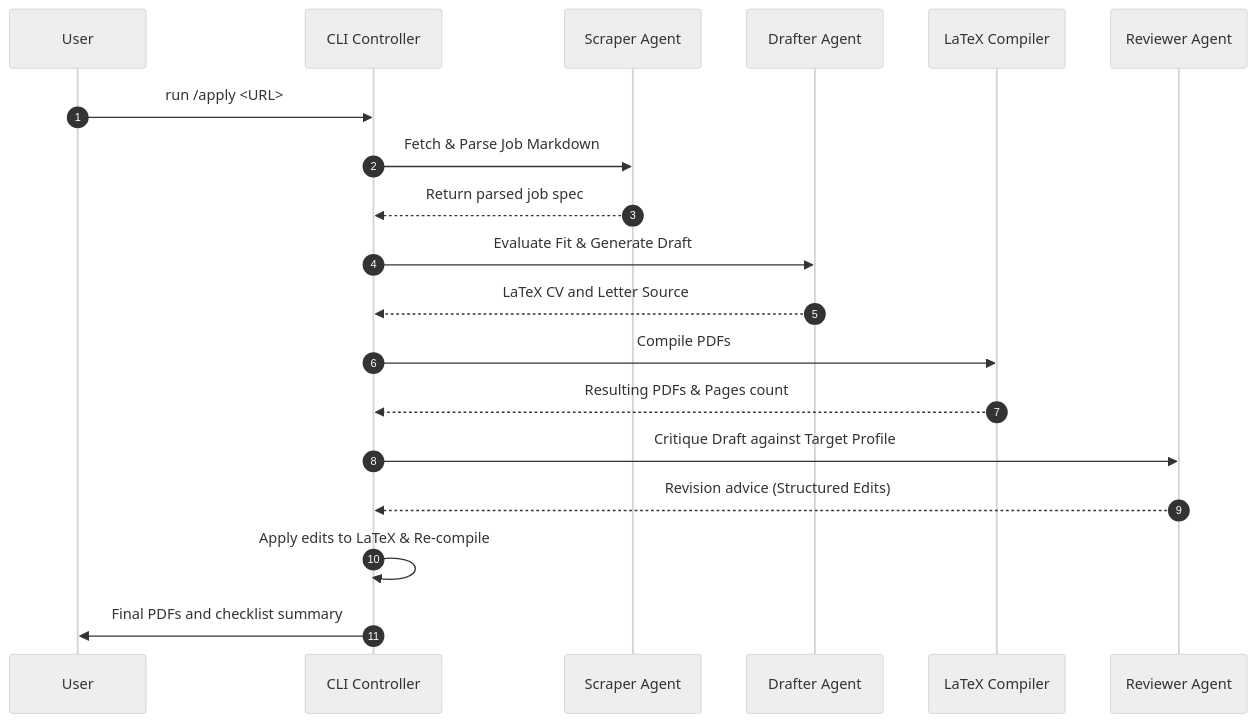
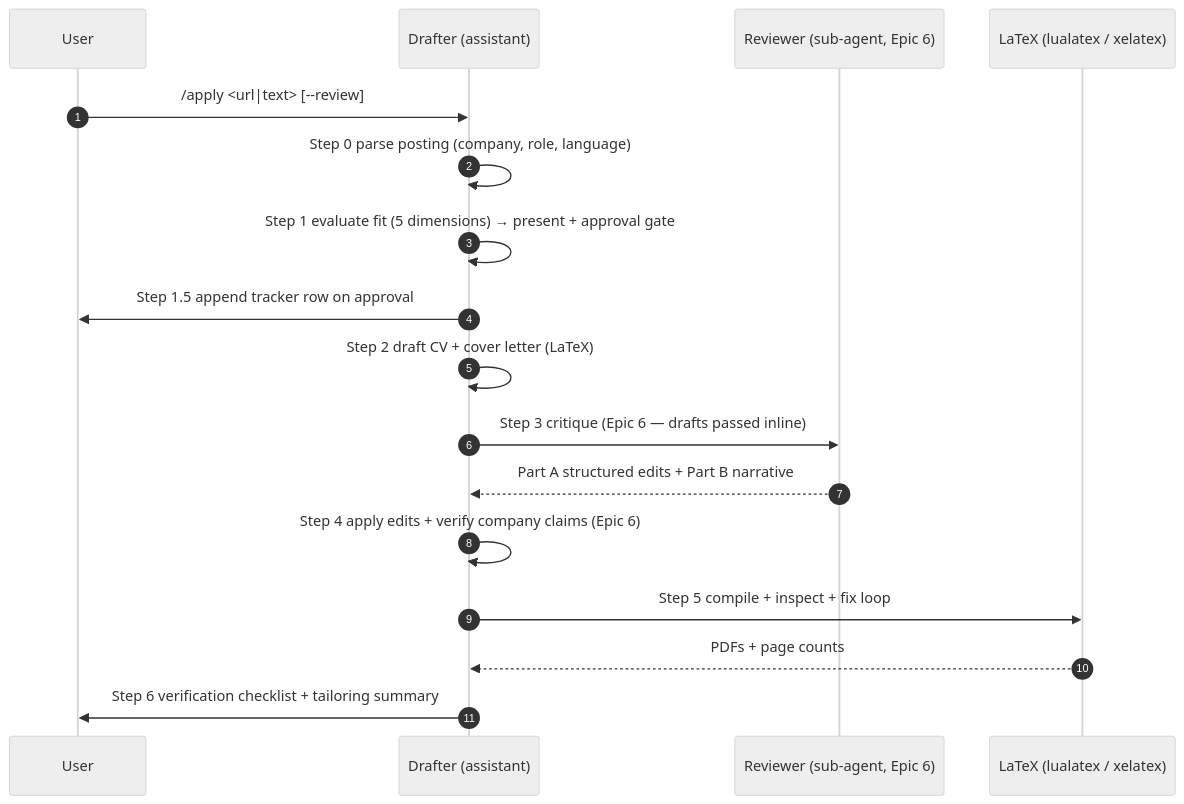
Before and after one commit to suraj-davariya/ai-job-search: the diagram in docs/development/implementation-guide-application.md, drawn with Mermaid (neutral theme). The commit also changed other lines of this file and 3 other files, not shown here.

````diff
--- a/docs/development/implementation-guide-application.md
+++ b/docs/development/implementation-guide-application.md
@@ -15,22 +26,20 @@
 ```mermaid
 sequenceDiagram
     autonumber
     participant U as User
-    participant CLI as CLI Controller
-    participant S as Scraper Agent
-    participant D as Drafter Agent
-    participant C as LaTeX Compiler
-    participant R as Reviewer Agent
-    
-    U->>CLI: run /apply <URL>
-    CLI->>S: Fetch & Parse Job Markdown
-    S-->>CLI: Return parsed job spec
-    CLI->>D: Evaluate Fit & Generate Draft
-    D-->>CLI: LaTeX CV and Letter Source
-    CLI->>C: Compile PDFs
-    C-->>CLI: Resulting PDFs & Pages count
-    CLI->>R: Critique Draft against Target Profile
-    R-->>CLI: Revision advice (Structured Edits)
-    CLI->>CLI: Apply edits to LaTeX & Re-compile
-    CLI->>U: Final PDFs and checklist summary
+    participant D as Drafter (assistant)
+    participant R as Reviewer (sub-agent, Epic 6)
+    participant C as LaTeX (lualatex / xelatex)
+
+    U->>D: /apply <url|text> [--review]
+    D->>D: Step 0 parse posting (company, role, language)
+    D->>D: Step 1 evaluate fit (5 dimensions) → present + approval gate
+    D->>U: Step 1.5 append tracker row on approval
+    D->>D: Step 2 draft CV + cover letter (LaTeX)
+    D->>R: Step 3 critique (Epic 6 — drafts passed inline)
+    R-->>D: Part A structured edits + Part B narrative
+    D->>D: Step 4 apply edits + verify company claims (Epic 6)
+    D->>C: Step 5 compile + inspect + fix loop
+    C-->>D: PDFs + page counts
+    D->>U: Step 6 verification checklist + tailoring summary
 ```
````
